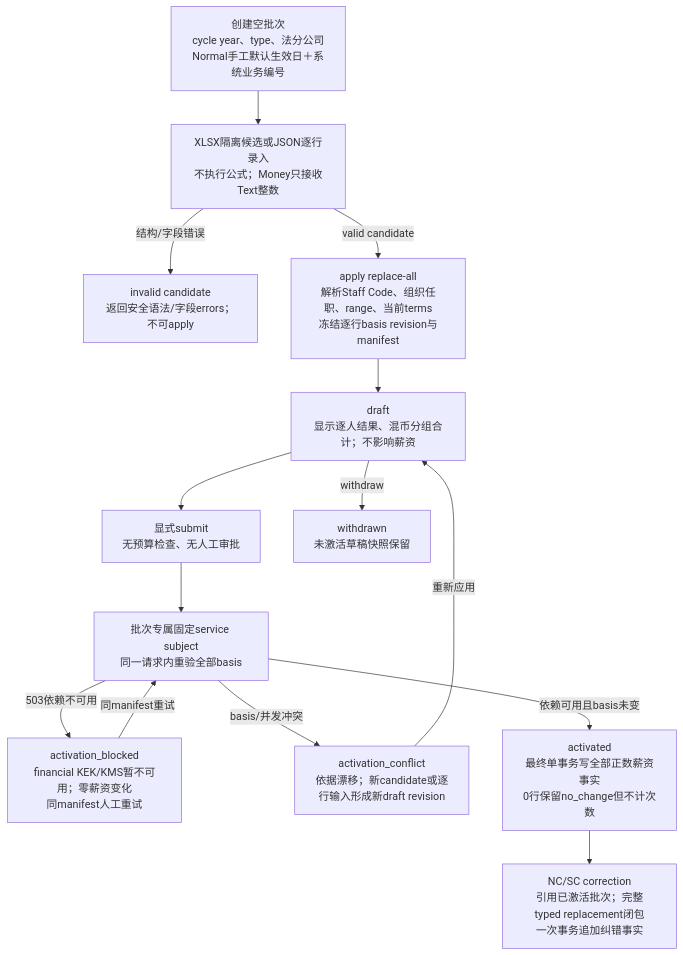
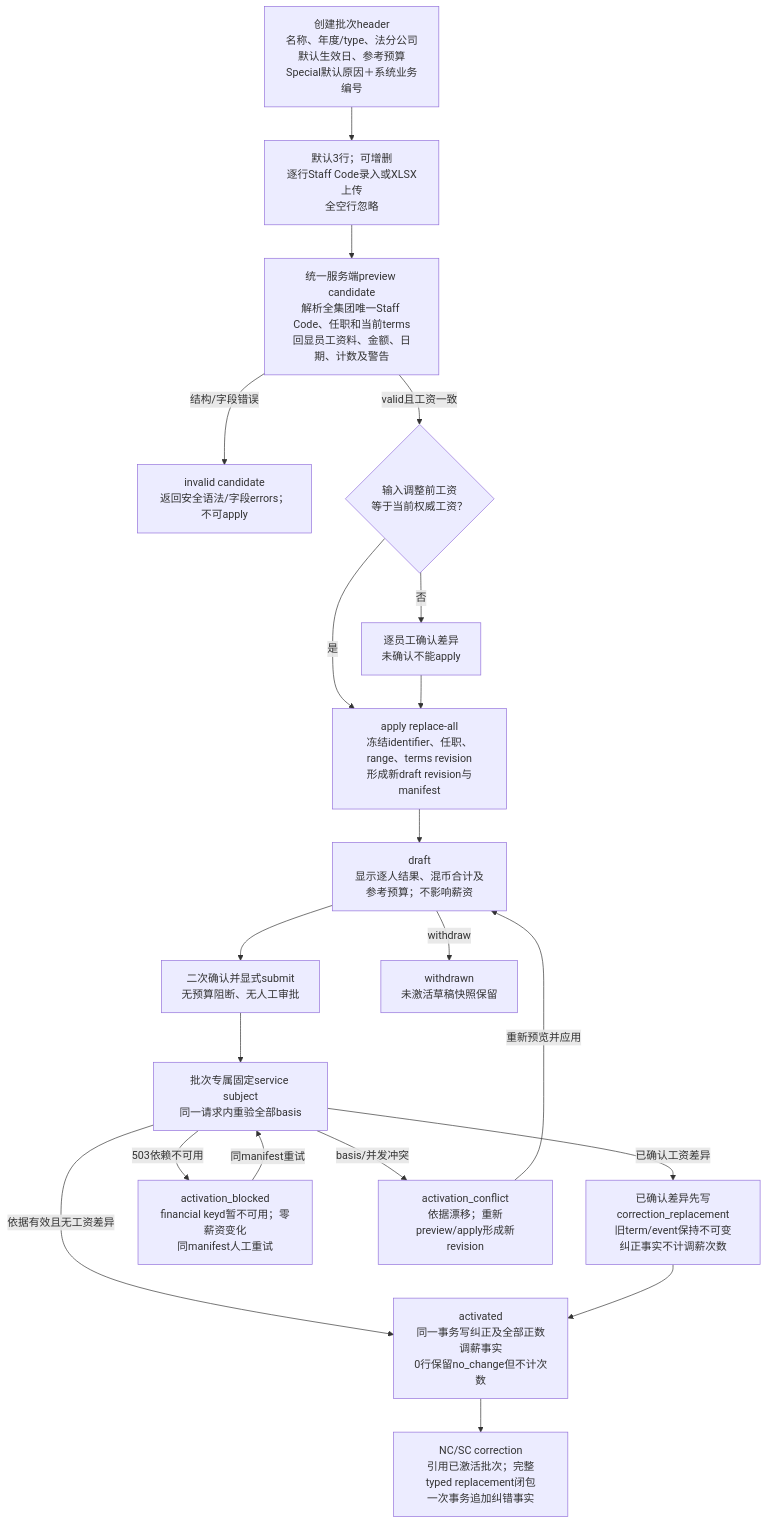
Before and after one commit to r404r/team-ledger-pub: the tenth of 13 diagrams in docs/FUNCTIONAL_SPEC.md, drawn with Mermaid. The commit also changed other lines of this file and 6 other files, not shown here.

````diff
--- a/docs/FUNCTIONAL_SPEC.md
+++ b/docs/FUNCTIONAL_SPEC.md
@@ -673,23 +680,31 @@
 ```mermaid
 flowchart TB
-    create["创建空批次<br/>cycle year、type、法分公司<br/>Normal手工默认生效日＋系统业务编号"]
-    import["XLSX隔离候选或JSON逐行录入<br/>不执行公式；Money只接收Text整数"]
+    create["创建批次header<br/>名称、年度/type、法分公司<br/>默认生效日、参考预算<br/>Special默认原因＋系统业务编号"]
+    entry["默认3行；可增删<br/>逐行Staff Code录入或XLSX上传<br/>全空行忽略"]
+    preview["统一服务端preview candidate<br/>解析全集团唯一Staff Code、任职和当前terms<br/>回显员工资料、金额、日期、计数及警告"]
     invalid["invalid candidate<br/>返回安全语法/字段errors；不可apply"]
-    apply["apply replace-all<br/>解析Staff Code、组织任职、range、当前terms<br/>冻结逐行basis revision与manifest"]
-    draft["draft<br/>显示逐人结果、混币分组合计；不影响薪资"]
-    submit["显式submit<br/>无预算检查、无人工审批"]
+    mismatch{"输入调整前工资<br/>等于当前权威工资？"}
+    confirm["逐员工确认差异<br/>未确认不能apply"]
+    apply["apply replace-all<br/>冻结identifier、任职、range、terms revision<br/>形成新draft revision与manifest"]
+    draft["draft<br/>显示逐人结果、混币合计及参考预算；不影响薪资"]
+    submit["二次确认并显式submit<br/>无预算阻断、无人工审批"]
     service["批次专属固定service subject<br/>同一请求内重验全部basis"]
-    blocked["activation_blocked<br/>financial KEK/KMS暂不可用；零薪资变化<br/>同manifest人工重试"]
-    conflict["activation_conflict<br/>依据漂移；新candidate或逐行输入形成新draft revision"]
-    active["activated<br/>最终单事务写全部正数薪资事实<br/>0行保留no_change但不计次数"]
+    correctionBefore["已确认差异先写correction_replacement<br/>旧term/event保持不可变<br/>纠正事实不计调薪次数"]
+    blocked["activation_blocked<br/>financial keyd暂不可用；零薪资变化<br/>同manifest人工重试"]
+    conflict["activation_conflict<br/>依据漂移；重新preview/apply形成新revision"]
+    active["activated<br/>同一事务写纠正及全部正数调薪事实<br/>0行保留no_change但不计次数"]
     withdrawn["withdrawn<br/>未激活草稿快照保留"]
     correct["NC/SC correction<br/>引用已激活批次；完整typed replacement闭包<br/>一次事务追加纠错事实"]
-    create --> import
-    import -->|"结构/字段错误"| invalid
-    import -->|"valid candidate"| apply --> draft --> submit --> service
-    service -->|"依赖可用且basis未变"| active
+    create --> entry --> preview
+    preview -->|"结构/字段错误"| invalid
+    preview -->|"valid且工资一致"| mismatch
+    mismatch -->|"是"| apply
+    mismatch -->|"否"| confirm --> apply
+    apply --> draft --> submit --> service
+    service -->|"依据有效且无工资差异"| active
+    service -->|"已确认工资差异"| correctionBefore --> active
     service -->|"503依赖不可用"| blocked -->|"同manifest重试"| service
-    service -->|"basis/并发冲突"| conflict -->|"重新应用"| draft
+    service -->|"basis/并发冲突"| conflict -->|"重新预览并应用"| draft
     draft -->|"withdraw"| withdrawn
     active --> correct
 ```
````
